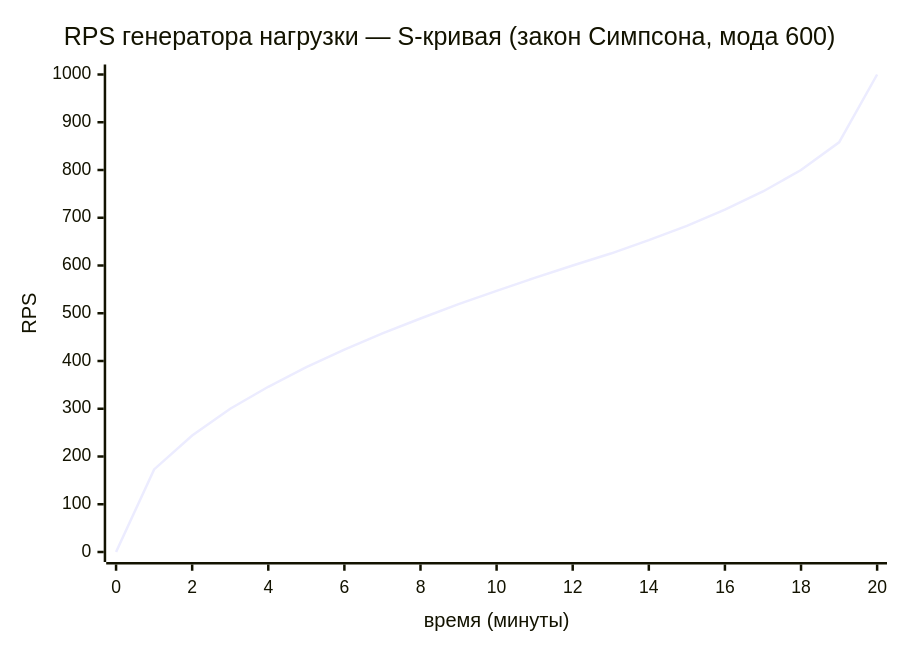
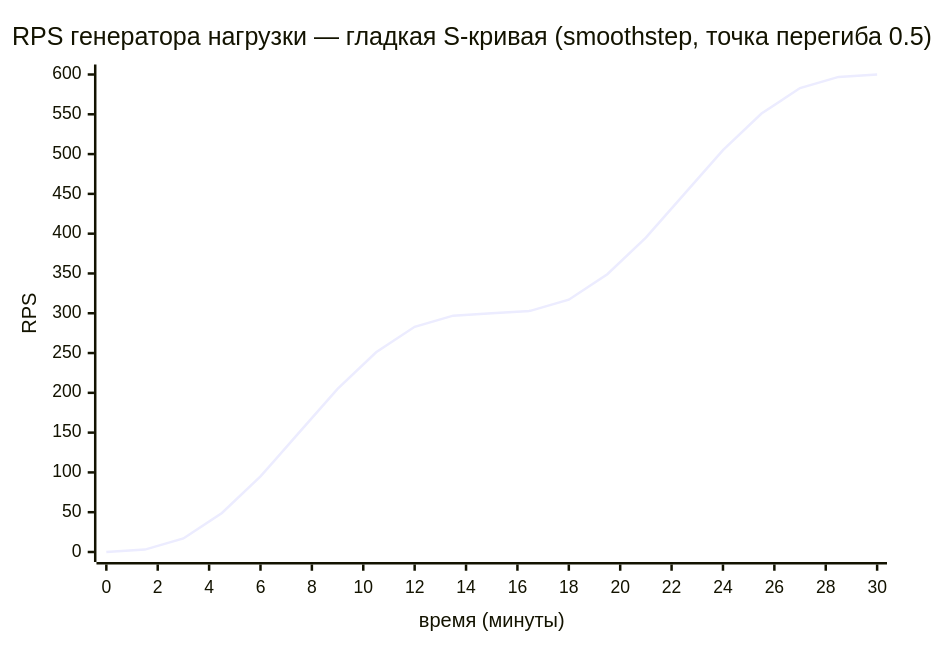
Before and after one commit to patsevanton/k8s-priority-eviction-autoscaling: the second of 2 diagrams in README.md, drawn with Mermaid. The commit also changed other lines of this file and 4 other files, not shown here.

````diff
--- a/README.md
+++ b/README.md
@@ -163,7 +163,7 @@
 ```mermaid
 xychart-beta
-    title "RPS генератора нагрузки — S-кривая (закон Симпсона, мода 600)"
-    x-axis "время (минуты)" 0 --> 20
-    y-axis "RPS" 0 --> 1000
-    line [0, 173, 244, 300, 346, 387, 424, 458, 489, 519, 547, 574, 600, 625, 653, 683, 717, 755, 800, 858, 1000]
+    title "RPS генератора нагрузки — гладкая S-кривая (smoothstep, точка перегиба 0.5)"
+    x-axis "время (минуты)" 0 --> 30
+    y-axis "RPS" 0 --> 600
+    line [0, 3, 17, 49, 95, 150, 205, 251, 283, 297, 300, 303, 317, 349, 395, 450, 505, 551, 583, 597, 600]
 ```
````
